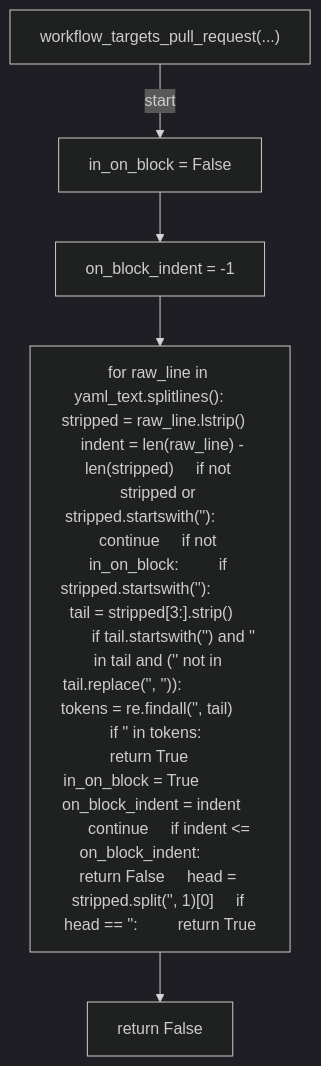
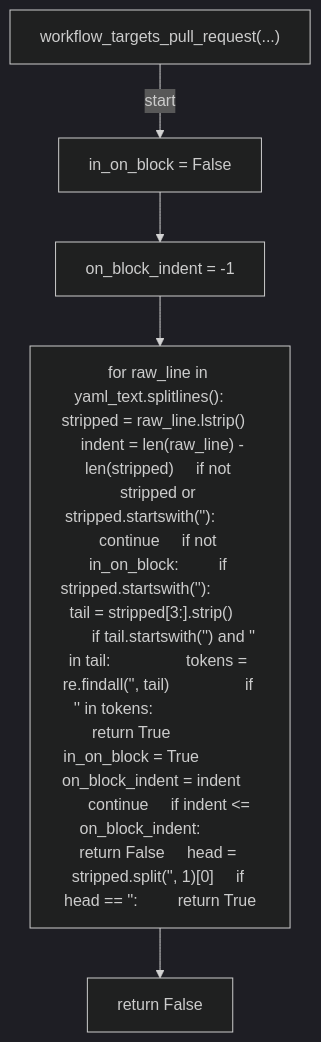
The first of 24 diagrams in docs/generated/scripts/ast/scan_ssot_drift.md (tvna/claude-md), drawn with Mermaid (dark theme) before and after one commit. The commit also changed other lines of this file and 12 other files, not shown here.

First line of the commit message:
docs(generated): regenerate decision tree and workflow diagrams

````diff
--- a/docs/generated/scripts/ast/scan_ssot_drift.md
+++ b/docs/generated/scripts/ast/scan_ssot_drift.md
@@ -7,12 +7,12 @@
 ```mermaid
 flowchart TD
     N001["workflow_targets_pull_request(...)"]
     N002["in_on_block = False"]
     N003["on_block_indent = -1"]
-    N004["for raw_line in yaml_text.splitlines():     stripped = raw_line.lstrip()     indent = len(raw_line) - len(stripped)     if not stripped or stripped.startswith('<str>'):         continue     if not in_on_block:         if stripped.startswith('<str>'):             tail = stripped[3:].strip()             if tail.startswith('<str>') and '<str>' in tail and ('<str>' not in tail.replace('<str>', '<str>')):                 tokens = re.findall('<str>', tail)                 if '<str>' in tokens:                     return True             in_on_block = True             on_block_indent = indent         continue     if indent <= on_block_indent:         return False     head = stripped.split('<str>', 1)[0]     if head == '<str>':         return True"]
+    N004["for raw_line in yaml_text.splitlines():     stripped = raw_line.lstrip()     indent = len(raw_line) - len(stripped)     if not stripped or stripped.startswith('<str>'):         continue     if not in_on_block:         if stripped.startswith('<str>'):             tail = stripped[3:].strip()             if tail.startswith('<str>') and '<str>' in tail:                 tokens = re.findall('<str>', tail)                 if '<str>' in tokens:                     return True             in_on_block = True             on_block_indent = indent         continue     if indent <= on_block_indent:         return False     head = stripped.split('<str>', 1)[0]     if head == '<str>':         return True"]
     N005["return False"]
     N001 -->|"start"| N002
     N002 --> N003
     N003 --> N004
     N004 --> N005
 ```
````
